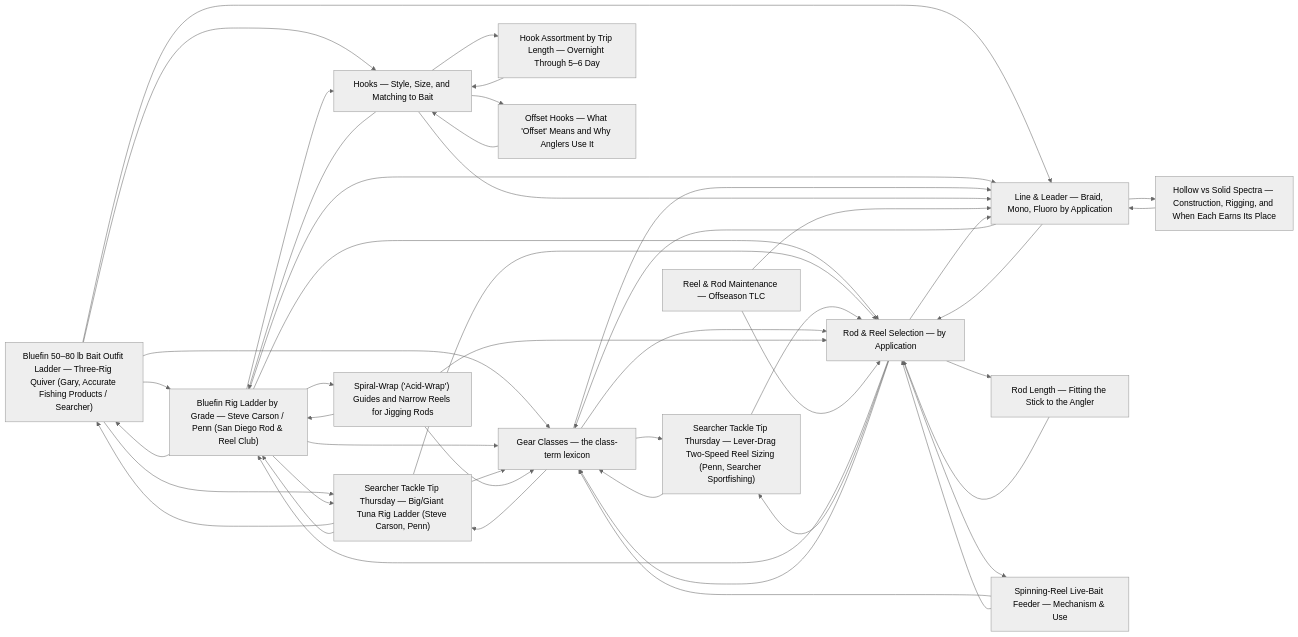
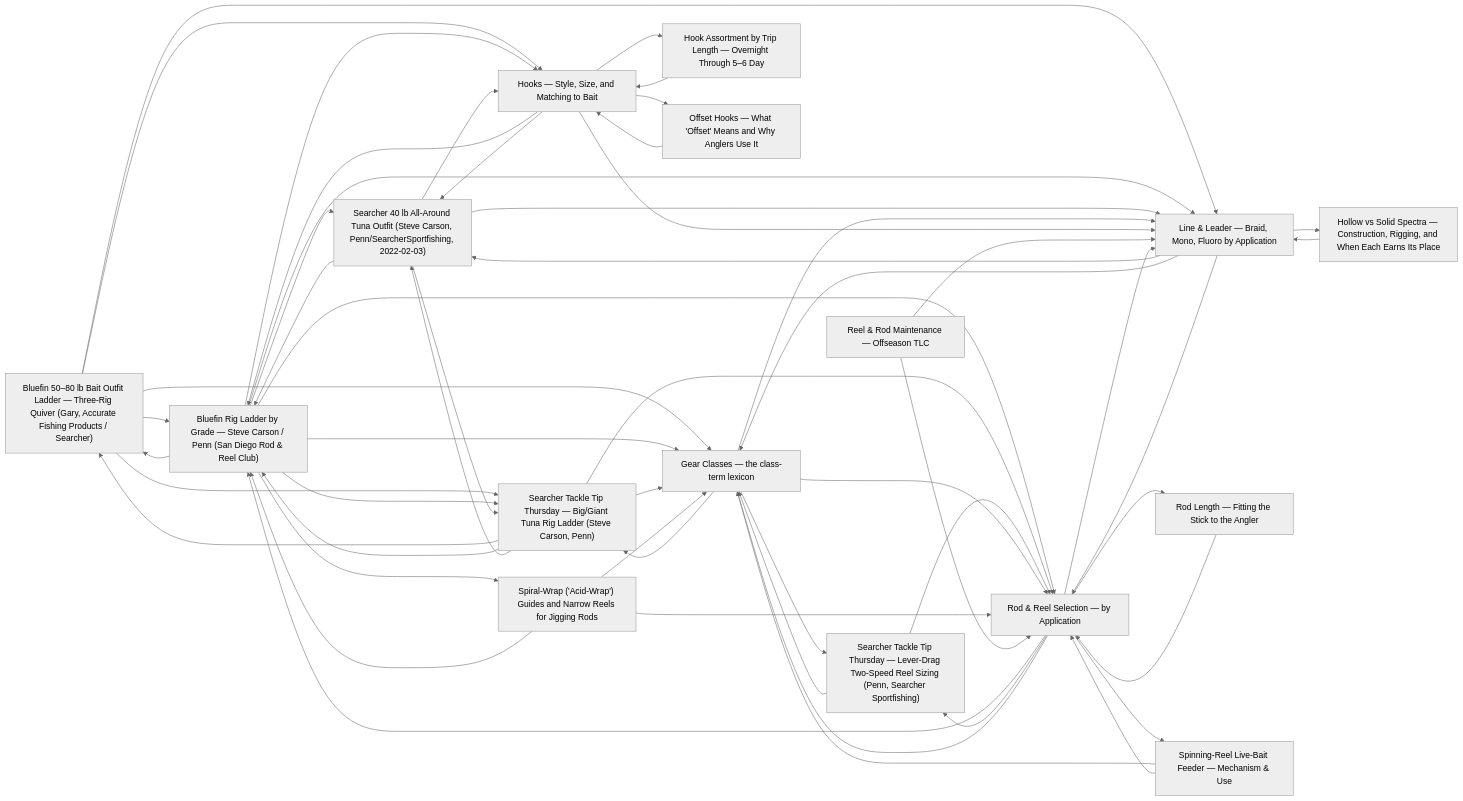
The diagram in tackle/README.md (camchuckpete-max/Socal-Fishing-Knowledge), drawn with Mermaid (neutral theme) before and after one commit. The commit also changed other lines of this file and 12 other files, not shown here.

````diff
--- a/tackle/README.md
+++ b/tackle/README.md
@@ -28,64 +29,73 @@
 ```mermaid
 graph LR
   n0["Bluefin 50–80 lb Bait Outfit Ladder — Three-Rig Quiver (Gary, Accurate Fishing Products / Searcher)"]
   n1["Bluefin Rig Ladder by Grade — Steve Carson / Penn (San Diego Rod & Reel Club)"]
   n2["Gear Classes — the class-term lexicon"]
   n3["Hook Assortment by Trip Length — Overnight Through 5–6 Day"]
   n4["Hooks — Style, Size, and Matching to Bait"]
   n5["Spiral-Wrap ('Acid-Wrap') Guides and Narrow Reels for Jigging Rods"]
   n6["Line & Leader — Braid, Mono, Fluoro by Application"]
   n7["Offset Hooks — What 'Offset' Means and Why Anglers Use It"]
   n8["Reel & Rod Maintenance — Offseason TLC"]
   n9["Rod & Reel Selection — by Application"]
   n10["Rod Length — Fitting the Stick to the Angler"]
-  n11["Searcher Tackle Tip Thursday — Big/Giant Tuna Rig Ladder (Steve Carson, Penn)"]
-  n12["Searcher Tackle Tip Thursday — Lever-Drag Two-Speed Reel Sizing (Penn, Searcher Sportfishing)"]
-  n13["Hollow vs Solid Spectra — Construction, Rigging, and When Each Earns Its Place"]
-  n14["Spinning-Reel Live-Bait Feeder — Mechanism & Use"]
+  n11["Searcher 40 lb All-Around Tuna Outfit (Steve Carson, Penn/SearcherSportfishing, 2022-02-03)"]
+  n12["Searcher Tackle Tip Thursday — Big/Giant Tuna Rig Ladder (Steve Carson, Penn)"]
+  n13["Searcher Tackle Tip Thursday — Lever-Drag Two-Speed Reel Sizing (Penn, Searcher Sportfishing)"]
+  n14["Hollow vs Solid Spectra — Construction, Rigging, and When Each Earns Its Place"]
+  n15["Spinning-Reel Live-Bait Feeder — Mechanism & Use"]
   n0 --> n1
-  n0 --> n11
+  n0 --> n12
   n0 --> n2
   n0 --> n4
   n0 --> n6
   n1 --> n0
   n1 --> n11
+  n1 --> n12
   n1 --> n2
   n1 --> n4
   n1 --> n5
   n1 --> n6
   n1 --> n9
   n10 --> n9
-  n11 --> n0
   n11 --> n1
-  n11 --> n2
-  n11 --> n9
+  n11 --> n12
+  n11 --> n4
+  n11 --> n6
+  n12 --> n0
+  n12 --> n1
+  n12 --> n11
   n12 --> n2
   n12 --> n9
-  n13 --> n6
-  n14 --> n2
-  n14 --> n9
-  n2 --> n11
+  n13 --> n2
+  n13 --> n9
+  n14 --> n6
+  n15 --> n2
+  n15 --> n9
   n2 --> n12
+  n2 --> n13
   n2 --> n6
   n2 --> n9
   n3 --> n4
   n4 --> n1
+  n4 --> n11
   n4 --> n3
   n4 --> n6
   n4 --> n7
   n5 --> n1
   n5 --> n2
   n5 --> n9
-  n6 --> n13
+  n6 --> n11
+  n6 --> n14
   n6 --> n2
   n6 --> n9
   n7 --> n4
   n8 --> n6
   n8 --> n9
   n9 --> n1
   n9 --> n10
-  n9 --> n12
-  n9 --> n14
+  n9 --> n13
+  n9 --> n15
   n9 --> n2
   n9 --> n6
 ```
````
